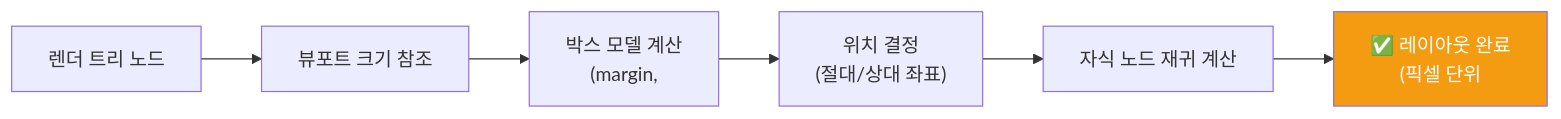
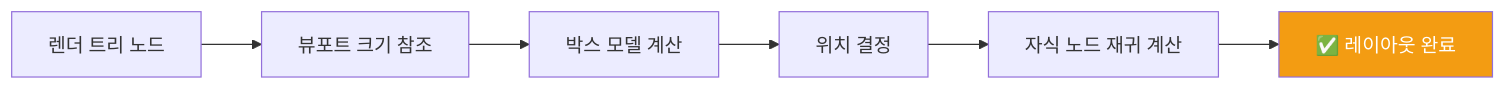
The fifth of 8 diagrams in _posts/frontend/2026-05-01-browser-rendering.md (yjkim2015/yjkim2015.github.io), drawn with Mermaid before and after one commit. The commit also changed other lines of this file and 217 other files, not shown here.

First line of the commit message:
Mermaid 크기 수정: useMaxWidth:true + SVG max-width:100% + 라벨 축소

````diff
--- a/_posts/frontend/2026-05-01-browser-rendering.md
+++ b/_posts/frontend/2026-05-01-browser-rendering.md
@@ -212,9 +212,9 @@
 ```mermaid
 flowchart LR
     A["렌더 트리 노드"] --> B["뷰포트 크기 참조"]
-    B --> C["박스 모델 계산\n(margin,"]
-    C --> D["위치 결정\n(절대/상대 좌표)"]
+    B --> C["박스 모델 계산"]
+    C --> D["위치 결정"]
     D --> E["자식 노드 재귀 계산"]
-    E --> F["✅ 레이아웃 완료\n(픽셀 단위"]
+    E --> F["✅ 레이아웃 완료"]
     style F fill:#f39c12,color:#fff
 ```
````
